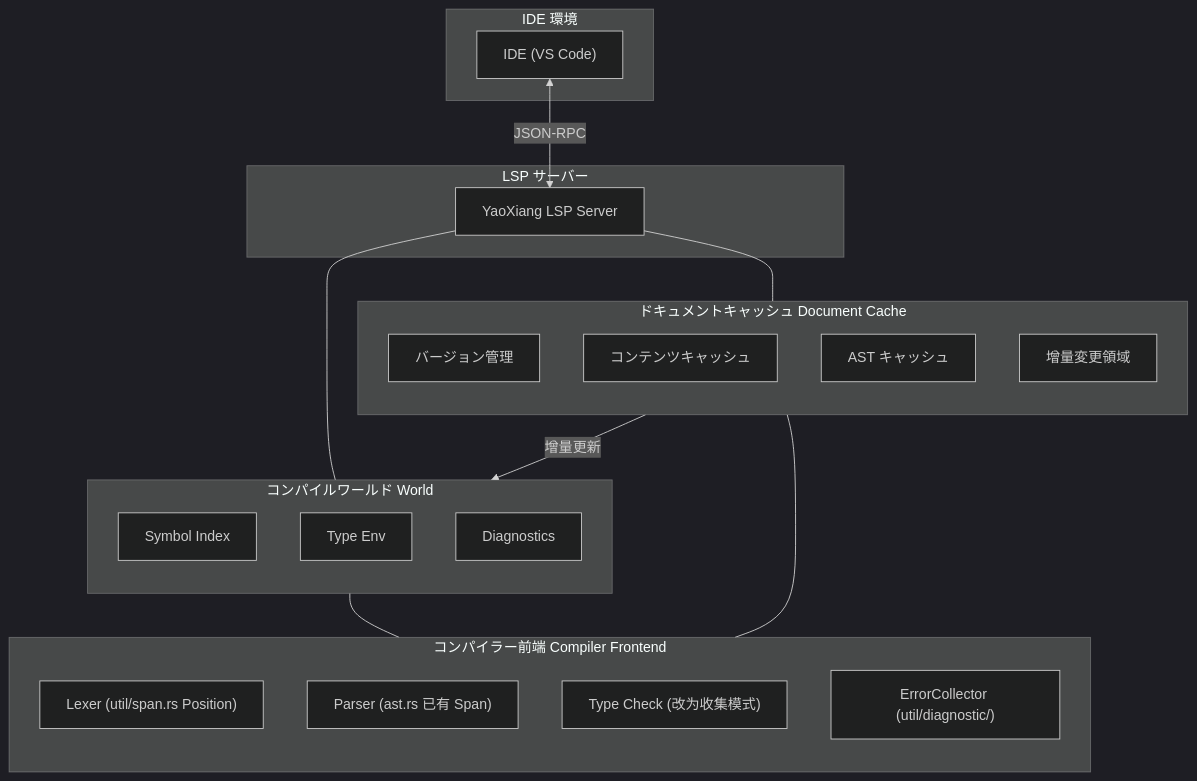
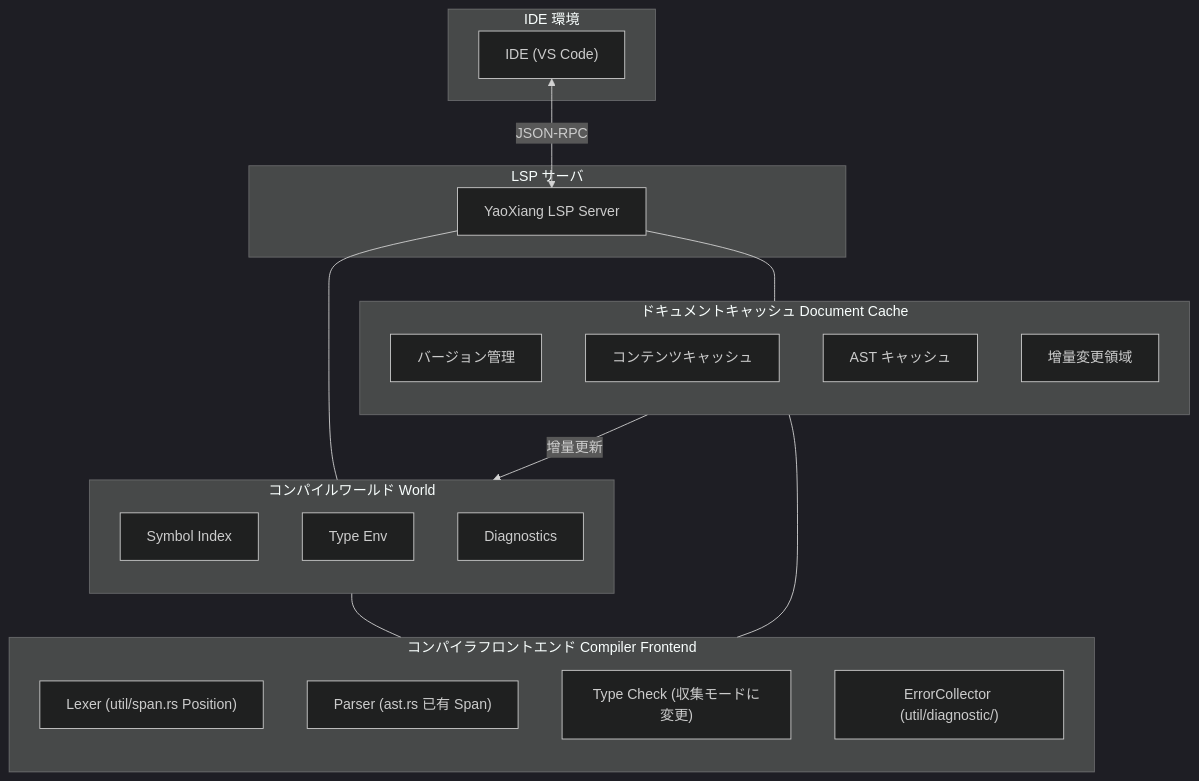
One commit to ChenXu233/YaoXiang changed the diagram in docs/src/ja/design/rfc/accepted/017-lsp-support.md. Above: the diagram before and after it, drawn with Mermaid (dark theme). The commit also changed other lines of this file and 163 other files, not shown here.

````diff
--- a/docs/src/ja/design/rfc/accepted/017-lsp-support.md
+++ b/docs/src/ja/design/rfc/accepted/017-lsp-support.md
@@ -155,43 +150,43 @@
 ```mermaid
 flowchart TD
     subgraph IDE_Environment [IDE 環境]
         IDE["IDE (VS Code)"]
     end
 
-    subgraph LSP_Server [LSP サーバー]
+    subgraph LSP_Server [LSP サーバ]
         LSP["YaoXiang LSP Server"]
     end
 
     subgraph World_Compile [コンパイルワールド World]
         direction TB
         W_Symbol["Symbol Index"]
         W_Type["Type Env"]
         W_Diag["Diagnostics"]
     end
 
     subgraph Cache [ドキュメントキャッシュ Document Cache]
         direction TB
         C_Version["バージョン管理"]
         C_Content["コンテンツキャッシュ"]
         C_AST["AST キャッシュ"]
         C_Delta["增量変更領域"]
     end
 
-    subgraph Frontend [コンパイラー前端 Compiler Frontend]
+    subgraph Frontend [コンパイラフロントエンド Compiler Frontend]
         direction TB
         F_Lexer["Lexer (util/span.rs Position)"]
         F_Parser["Parser (ast.rs 已有 Span)"]
-        F_TypeCheck["Type Check (改为收集模式)"]
+        F_TypeCheck["Type Check (収集モードに変更)"]
         F_ErrorCollector["ErrorCollector (util/diagnostic/)"]
     end
 
     IDE <-->|JSON-RPC| LSP
 
     LSP --- World_Compile
     LSP --- Cache
 
     Cache -- "增量更新" --> World_Compile
 
     World_Compile --- Frontend
     Cache --- Frontend
 ```
````
